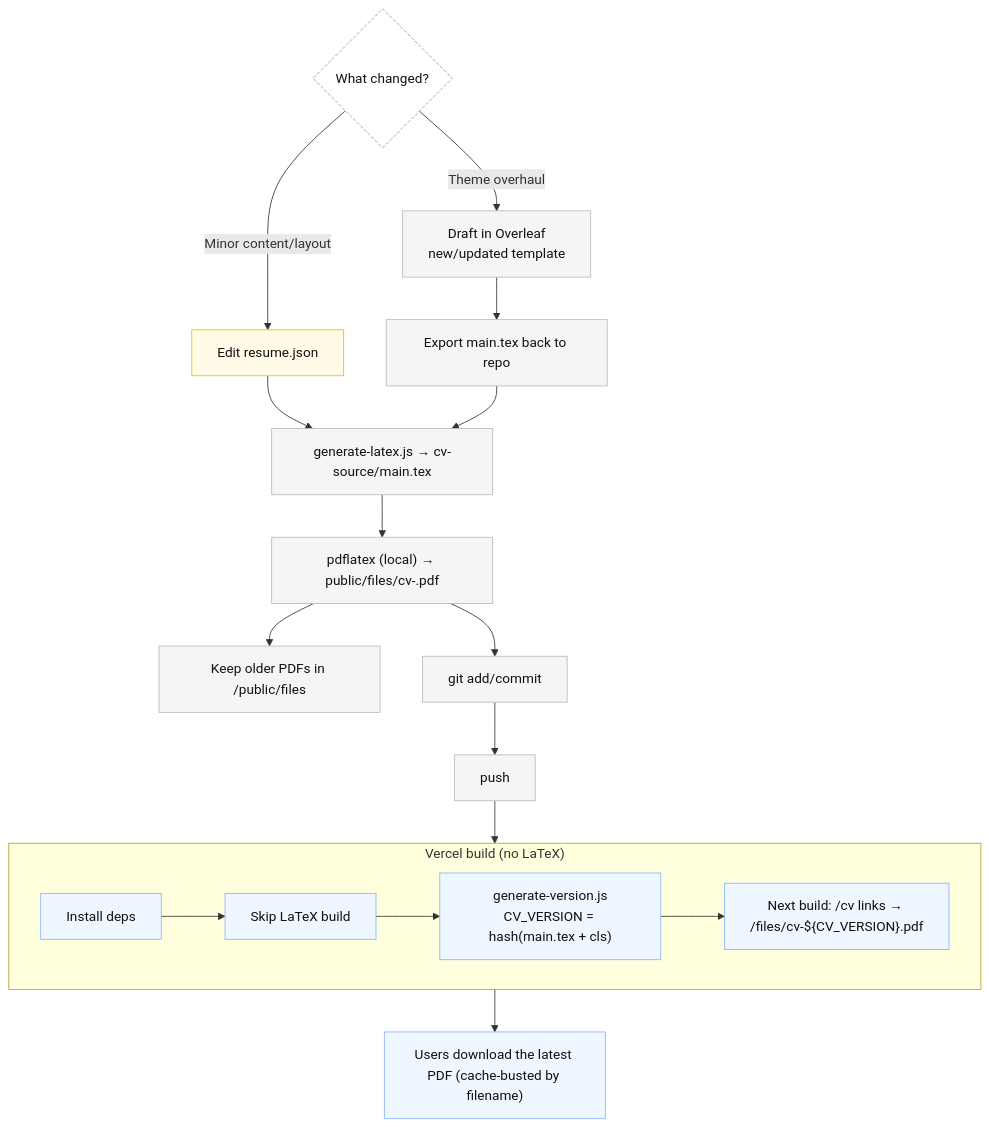
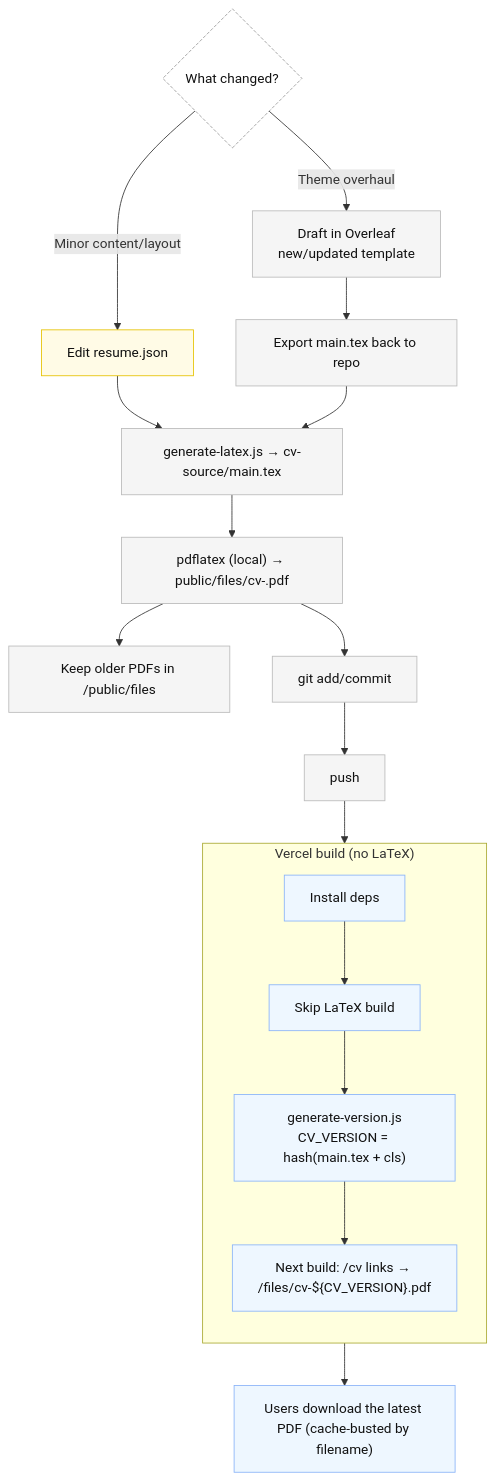
Before and after one commit to sainsw/ainsworth.dev: the diagram in content/cv-sync-latex.mdx, drawn with Mermaid.

Commit message:
Adjust flow direction in mermaid diagram of CV generation documentation for improved visual clarity and consistency.

````diff
--- a/content/cv-sync-latex.mdx
+++ b/content/cv-sync-latex.mdx
@@ -16,38 +16,38 @@
 ```mermaid
 flowchart TD
   %% Legend
   classDef local fill:#f5f5f5,stroke:#bbb,color:#111;
   classDef vercel fill:#eef7ff,stroke:#8ab4f8,color:#111;
   classDef file fill:#fffbe6,stroke:#e6c200,color:#111;
   classDef decision fill:#fff,stroke:#999,color:#111,stroke-dasharray:4 2;
 
   %% Change type
   D{"What changed?"}:::decision
 
   %% Minor change path (JSON-driven)
   A["Edit resume.json"]:::file --> G["generate-latex.js → cv-source/main.tex"]:::local
   D -- Minor content/layout --> A
 
   %% Theme overhaul path (Overleaf-driven)
   O["Draft in Overleaf<br/>new/updated template"]:::local --> O2["Export main.tex back to repo"]:::local --> G
   D -- Theme overhaul --> O
 
   %% Build PDF locally
   G --> P["pdflatex (local) → public/files/cv-<hash>.pdf"]:::local
   P --> K["Keep older PDFs in /public/files"]:::local
   P --> C["git add/commit"]:::local
   C --> U["push"]:::local
 
   %% Vercel side
   subgraph "Vercel build (no LaTeX)"
-    direction LR
+    direction TD
     V1["Install deps"]:::vercel --> V2["Skip LaTeX build"]:::vercel
     V2 --> V3["generate-version.js<br/>CV_VERSION = hash(main.tex + cls)"]:::vercel
     V3 --> V4["Next build: /cv links → /files/cv-${CV_VERSION}.pdf"]:::vercel
   end
 
   U --> V1
 
   %% Outcomes
   V4 --> S["Users download the latest PDF (cache-busted by filename)"]:::vercel
 ```
````
